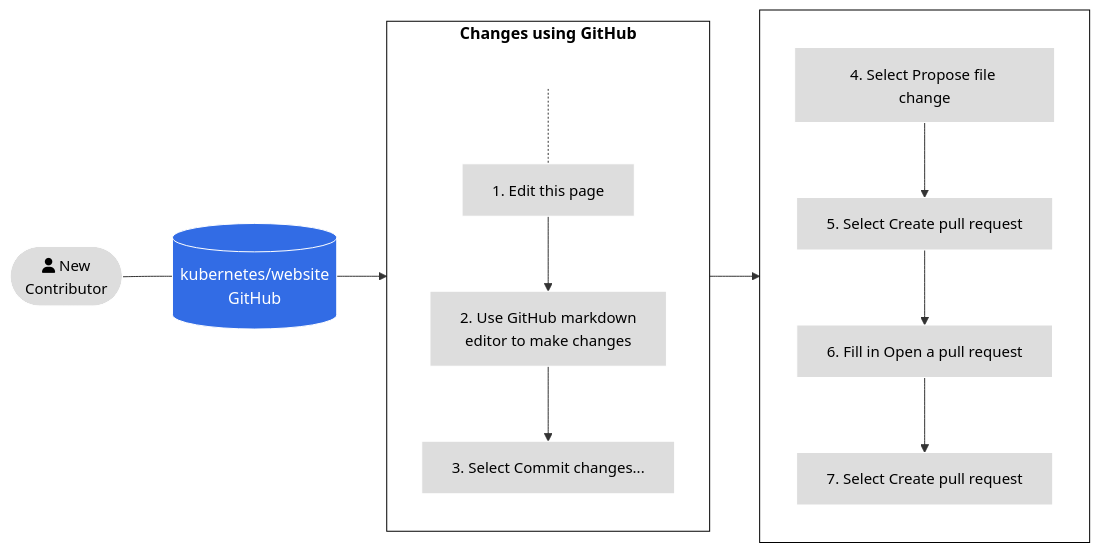
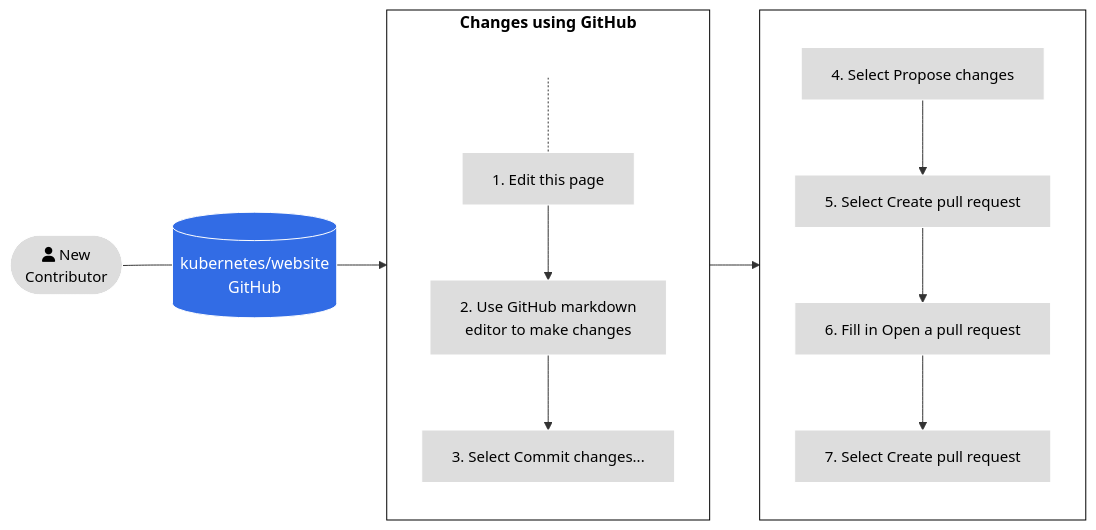
The first of 3 diagrams in content/en/docs/contribute/new-content/open-a-pr.md (kubernetes/website), drawn with Mermaid before and after one commit.

Commit message:
Fix wrong task description on proposing changes
Fixing typo on mermaid - "Propose changes" is right.

```diff
--- a/content/en/docs/contribute/new-content/open-a-pr.md
+++ b/content/en/docs/contribute/new-content/open-a-pr.md
@@ -38,27 +38,27 @@
 {{< mermaid >}}
 flowchart LR
 A([fa:fa-user New<br>Contributor]) --- id1[(kubernetes/website<br>GitHub)]
 subgraph tasks[Changes using GitHub]
 direction TB
     0[ ] -.-
     1[1. Edit this page] --> 2[2. Use GitHub markdown<br>editor to make changes]
     2 --> 3[3. Select Commit changes...]
 
 end
 subgraph tasks2[ ]
 direction TB
-4[4. Select Propose file change] --> 5[5. Select Create pull request] --> 6[6. Fill in Open a pull request]
+4[4. Select Propose changes] --> 5[5. Select Create pull request] --> 6[6. Fill in Open a pull request]
 6 --> 7[7. Select Create pull request] 
 end
 
 id1 --> tasks --> tasks2
 
 classDef grey fill:#dddddd,stroke:#ffffff,stroke-width:px,color:#000000, font-size:15px;
 classDef white fill:#ffffff,stroke:#000,stroke-width:px,color:#000,font-weight:bold
 classDef k8s fill:#326ce5,stroke:#fff,stroke-width:1px,color:#fff;
 classDef spacewhite fill:#ffffff,stroke:#fff,stroke-width:0px,color:#000
 class A,1,2,3,4,5,6,7 grey
 class 0 spacewhite
 class tasks,tasks2 white
 class id1 k8s
 {{</ mermaid >}}
```
